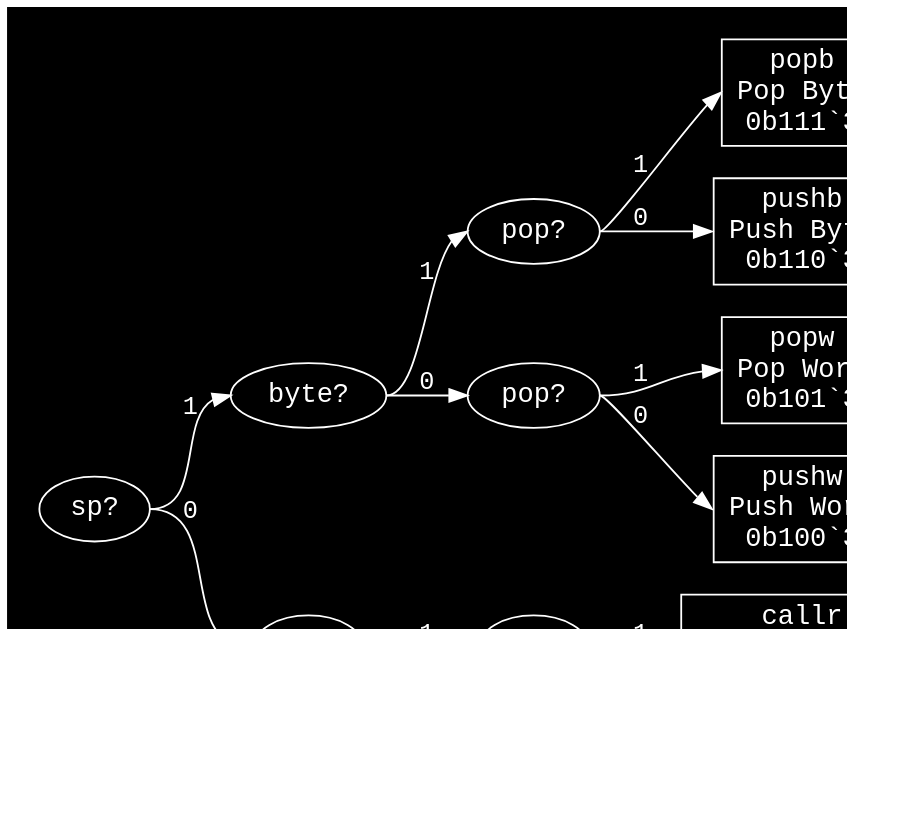
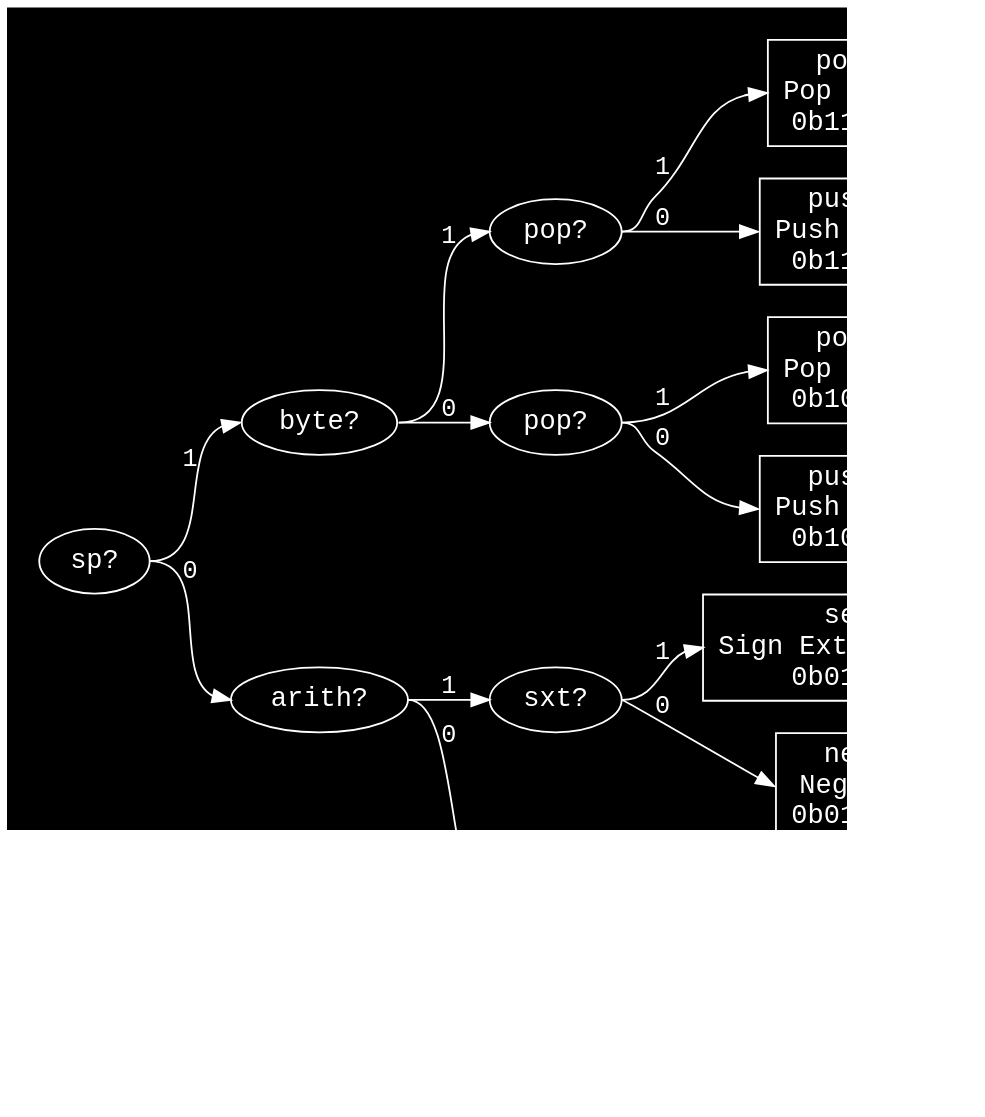
Before and after one commit to eignnx/SPRIND: the diagram in assets/graphs/r(1).dot, drawn with Graphviz. The commit also changed 10 other files, not shown here.

```diff
--- a/assets/graphs/r(1).dot
+++ b/assets/graphs/r(1).dot
@@ -1,30 +1,34 @@
 digraph "Format r(1)" {
   graph [dpi = 100, bgcolor="#111", fontcolor="white", rankdir=LR, pad="0.25"];
   node [fontname = "Courier", fontsize="15pt", color="white", fontcolor="white"];
   edge [fontname = "Courier", color="white", fontcolor="white"];
-  "sp_717672" [label = "sp?", shape = ellipse];
-  "sp_717672":e -> "byte_11388536":w [label = "1"];
-  "sp_717672":e -> "pc_2114822":w [label = "0"];
+  "sp_11244832" [label = "sp?", shape = ellipse];
+  "sp_11244832":e -> "byte_11388536":w [label = "1"];
+  "sp_11244832":e -> "arith_8397043":w [label = "0"];
   "byte_11388536" [label = "byte?", shape = ellipse];
   "byte_11388536":e -> "pop_13701219":w [label = "1"];
   "byte_11388536":e -> "pop_11052152":w [label = "0"];
   "pop_13701219" [label = "pop?", shape = ellipse];
   "pop_13701219":e -> "popb_9607987":w [label = "1"];
   "pop_13701219":e -> "pushb_7132072":w [label = "0"];
   "popb_9607987" [label = "popb\nPop Byte\n0b111`3", shape = rectangle];
   "pushb_7132072" [label = "pushb\nPush Byte\n0b110`3", shape = rectangle];
   "pop_11052152" [label = "pop?", shape = ellipse];
   "pop_11052152":e -> "popw_1825455":w [label = "1"];
   "pop_11052152":e -> "pushw_9011362":w [label = "0"];
   "popw_1825455" [label = "popw\nPop Word\n0b101`3", shape = rectangle];
   "pushw_9011362" [label = "pushw\nPush Word\n0b100`3", shape = rectangle];
-  "pc_2114822" [label = "pc?", shape = ellipse];
-  "pc_2114822":e -> "ra_11984613":w [label = "1"];
-  "pc_2114822":e -> "neg_298820":w [label = "0"];
+  "arith_8397043" [label = "arith?", shape = ellipse];
+  "arith_8397043":e -> "sxt_1516934":w [label = "1"];
+  "arith_8397043":e -> "ra_11984613":w [label = "0"];
+  "sxt_1516934" [label = "sxt?", shape = ellipse];
+  "sxt_1516934":e -> "seb_8359608":w [label = "1"];
+  "sxt_1516934":e -> "neg_298820":w [label = "0"];
+  "seb_8359608" [label = "seb\nSign Extend Byte\n0b011`3", shape = rectangle];
+  "neg_298820" [label = "neg\nNegate\n0b010`3", shape = rectangle];
   "ra_11984613" [label = "ra?", shape = ellipse];
   "ra_11984613":e -> "callr_11085822":w [label = "1"];
   "ra_11984613":e -> "jr_14350230":w [label = "0"];
-  "callr_11085822" [label = "callr\nCall Register\n0b011`3", shape = rectangle];
-  "jr_14350230" [label = "jr\nJump Register\n0b010`3", shape = rectangle];
-  "neg_298820" [label = "neg\nNegate\n0b00`2", shape = rectangle];
+  "callr_11085822" [label = "callr\nCall Register\n0b001`3", shape = rectangle];
+  "jr_14350230" [label = "jr\nJump Register\n0b000`3", shape = rectangle];
 }
```
